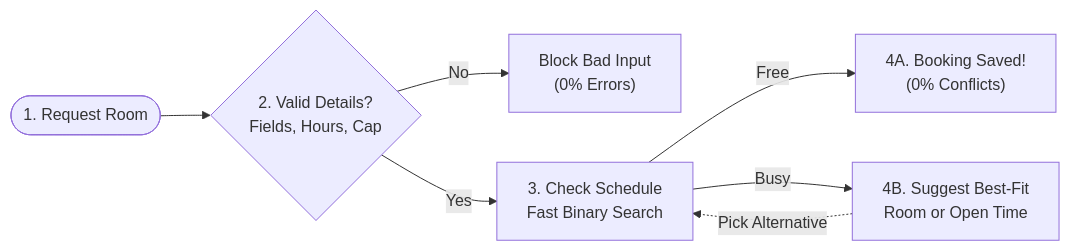
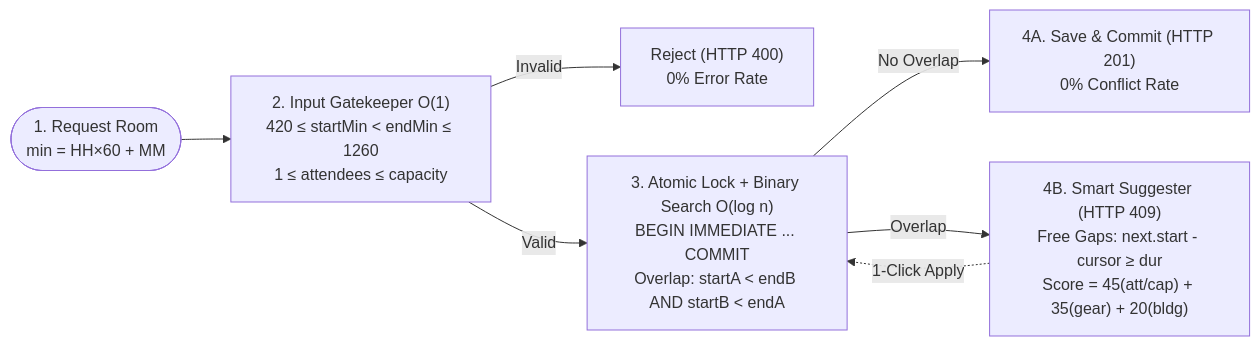
One commit to jrrddev/Bakante changed the diagram in README.md. Above: the diagram before and after it, drawn with Mermaid. The commit also changed other lines of this file and 1 other file, not shown here.

Commit message:
flowchart

````diff
--- a/README.md
+++ b/README.md
@@ -13,9 +13,9 @@
 ```mermaid
 flowchart LR
-    Start(["1. Request Room"]) --> Check{"2. Valid Details?<br/>Fields, Hours, Cap"}
-    Check -- "No" --> Err["Block Bad Input<br/>(0% Errors)"]
-    Check -- "Yes" --> Search["3. Check Schedule<br/>Fast Binary Search"]
-    Search -- "Free" --> Booked["4A. Booking Saved!<br/>(0% Conflicts)"]
-    Search -- "Busy" --> Suggest["4B. Suggest Best-Fit<br/>Room or Open Time"]
-    Suggest -. "Pick Alternative" .-> Search
+    Start(["1. Request Room<br/>min = HH×60 + MM"]) --> Gate["2. Input Gatekeeper O(1)<br/>420 ≤ startMin &lt; endMin ≤ 1260<br/>1 ≤ attendees ≤ capacity"]
+    Gate -- "Invalid" --> Err["Reject (HTTP 400)<br/>0% Error Rate"]
+    Gate -- "Valid" --> Search["3. Atomic Lock + Binary Search O(log n)<br/>BEGIN IMMEDIATE ... COMMIT<br/>Overlap: startA &lt; endB AND startB &lt; endA"]
+    Search -- "No Overlap" --> Booked["4A. Save &amp; Commit (HTTP 201)<br/>0% Conflict Rate"]
+    Search -- "Overlap" --> Suggest["4B. Smart Suggester (HTTP 409)<br/>Free Gaps: next.start - cursor ≥ dur<br/>Score = 45(att/cap) + 35(gear) + 20(bldg)"]
+    Suggest -. "1-Click Apply" .-> Search
 ```
````
